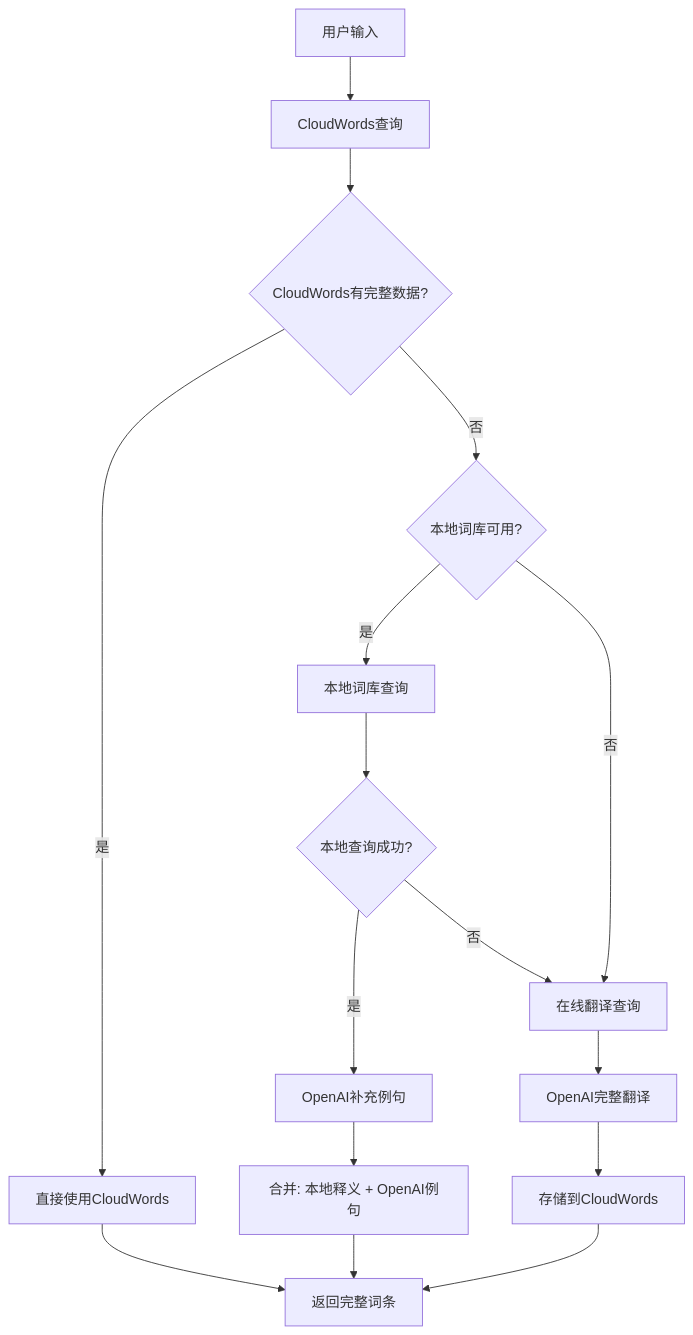
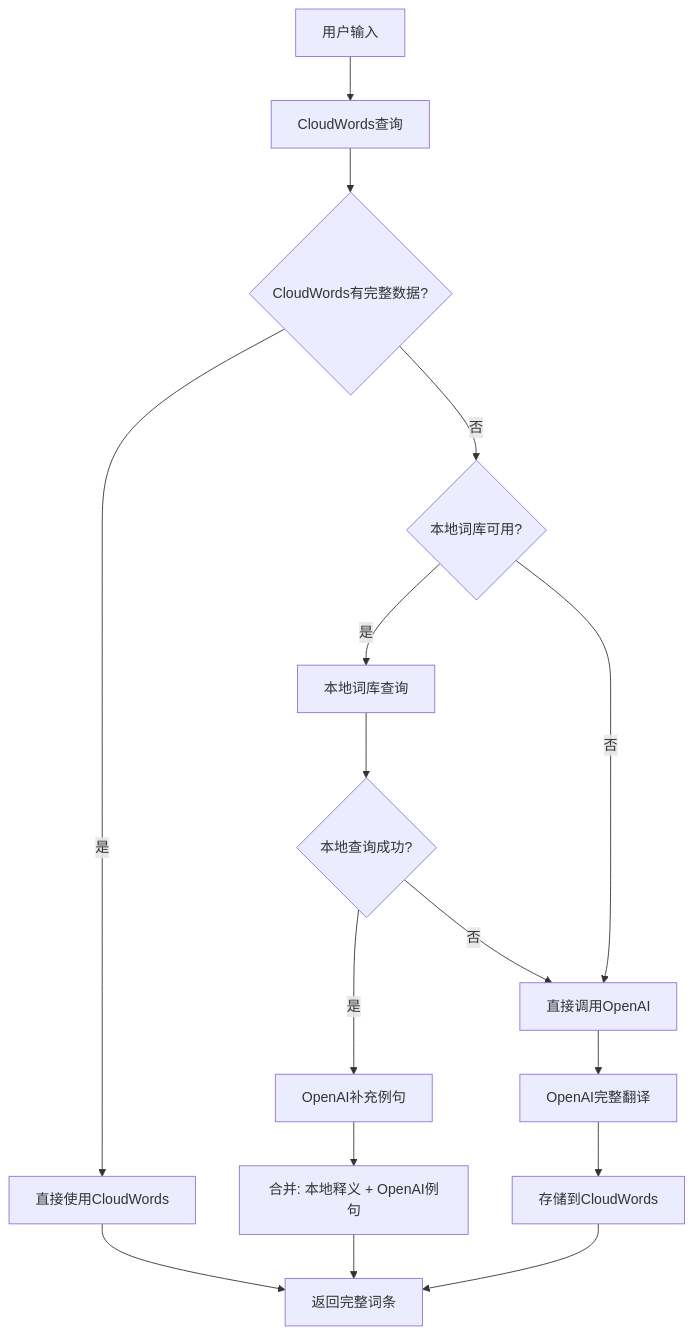
One commit to tannibunni/dramawordv2 changed the diagram in apps/mobile/src/services/hybridQueryService/README.md. Above: the diagram before and after it, drawn with Mermaid. The commit also changed other lines of this file and 2 other files, not shown here.

Commit message:
优化查询策略：移除在线翻译步骤，直接调用OpenAI，简化查询流程

````diff
--- a/apps/mobile/src/services/hybridQueryService/README.md
+++ b/apps/mobile/src/services/hybridQueryService/README.md
@@ -29,22 +28,22 @@
 ```mermaid
 graph TD
     A[用户输入] --> B[CloudWords查询]
     B --> C{CloudWords有完整数据?}
     C -->|是| D[直接使用CloudWords]
     C -->|否| E{本地词库可用?}
     
     E -->|是| F[本地词库查询]
-    E -->|否| G[在线翻译查询]
+    E -->|否| G[直接调用OpenAI]
     
     F --> H{本地查询成功?}
     H -->|是| I[OpenAI补充例句]
     H -->|否| G
     
     G --> J[OpenAI完整翻译]
     I --> K[合并: 本地释义 + OpenAI例句]
     J --> L[存储到CloudWords]
     
     D --> M[返回完整词条]
     K --> M
     L --> M
 ```
````
